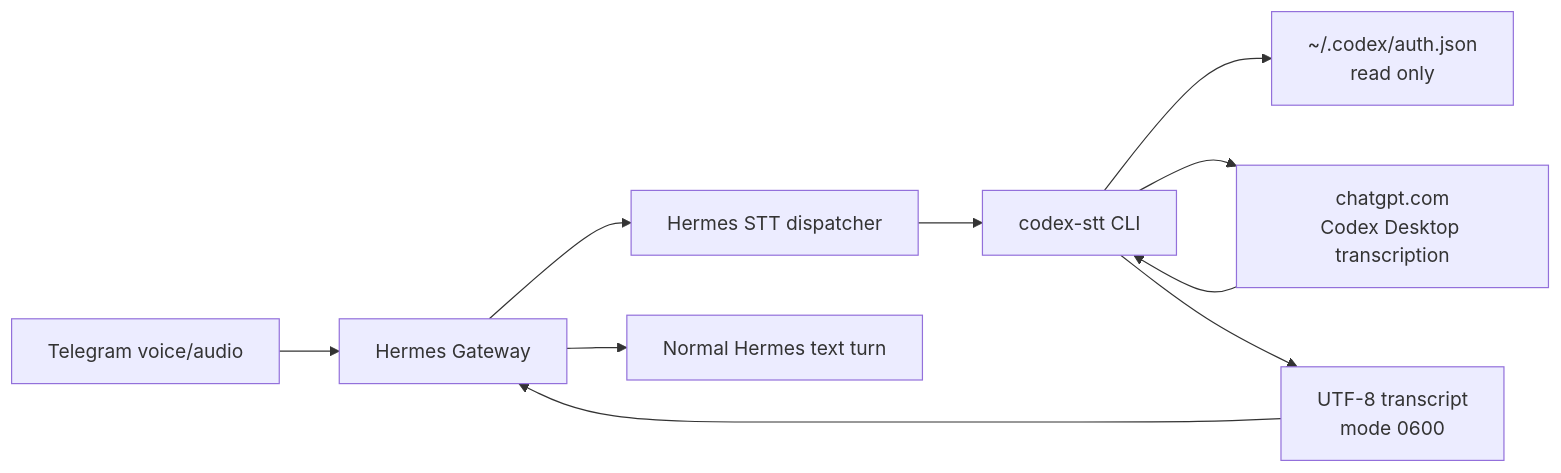
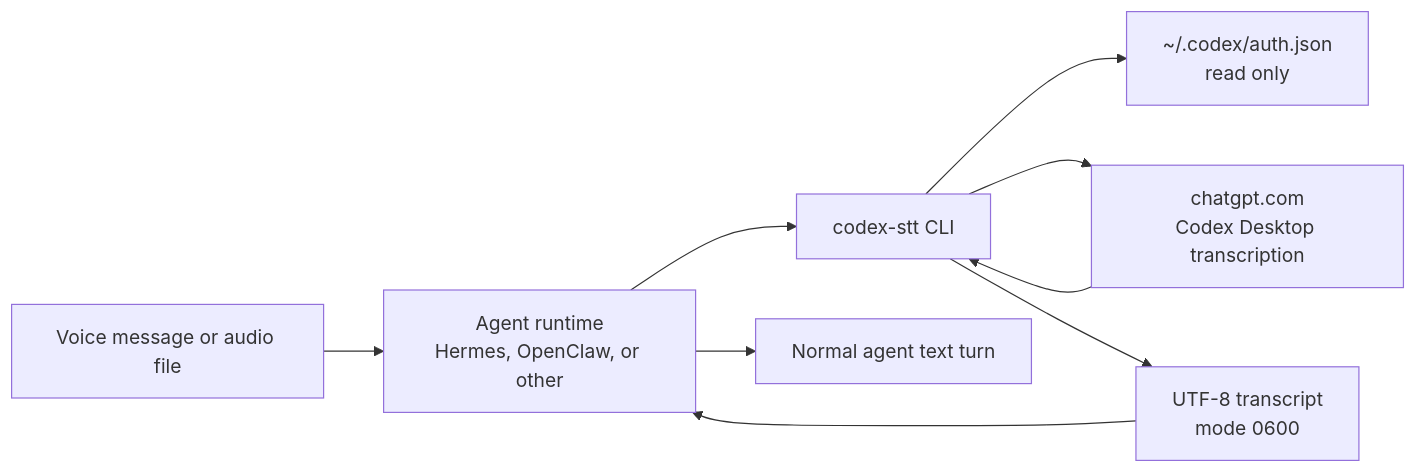
The first of 2 diagrams in docs/ARCHITECTURE.md (ai-babai/codex-stt-bridge), drawn with Mermaid before and after one commit. The commit also changed other lines of this file and 26 other files, not shown here.

Commit message:
feat: rename project to codex-stt-bridge

````diff
--- a/docs/ARCHITECTURE.md
+++ b/docs/ARCHITECTURE.md
@@ -11,12 +11,11 @@
 ```mermaid
 flowchart LR
-    TG["Telegram voice/audio"] --> HG["Hermes Gateway"]
-    HG --> DP["Hermes STT dispatcher"]
-    DP --> CLI["codex-stt CLI"]
+    IN["Voice message or audio file"] --> AR["Agent runtime<br/>Hermes, OpenClaw, or other"]
+    AR --> CLI["codex-stt CLI"]
     CLI --> AF["~/.codex/auth.json<br/>read only"]
     CLI --> BE["chatgpt.com<br/>Codex Desktop transcription"]
     BE --> CLI
     CLI --> TF["UTF-8 transcript<br/>mode 0600"]
-    TF --> HG
-    HG --> AG["Normal Hermes text turn"]
+    TF --> AR
+    AR --> AG["Normal agent text turn"]
 ```
````
